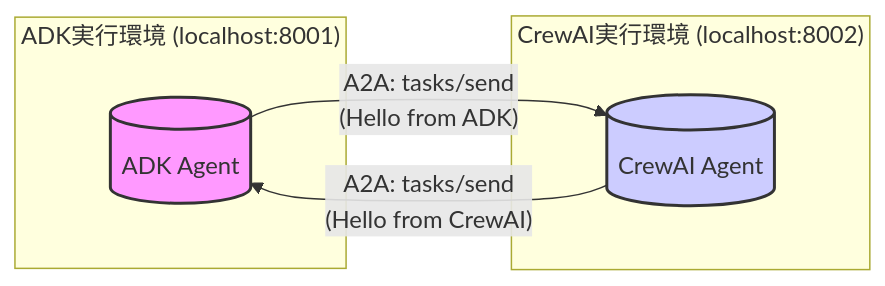
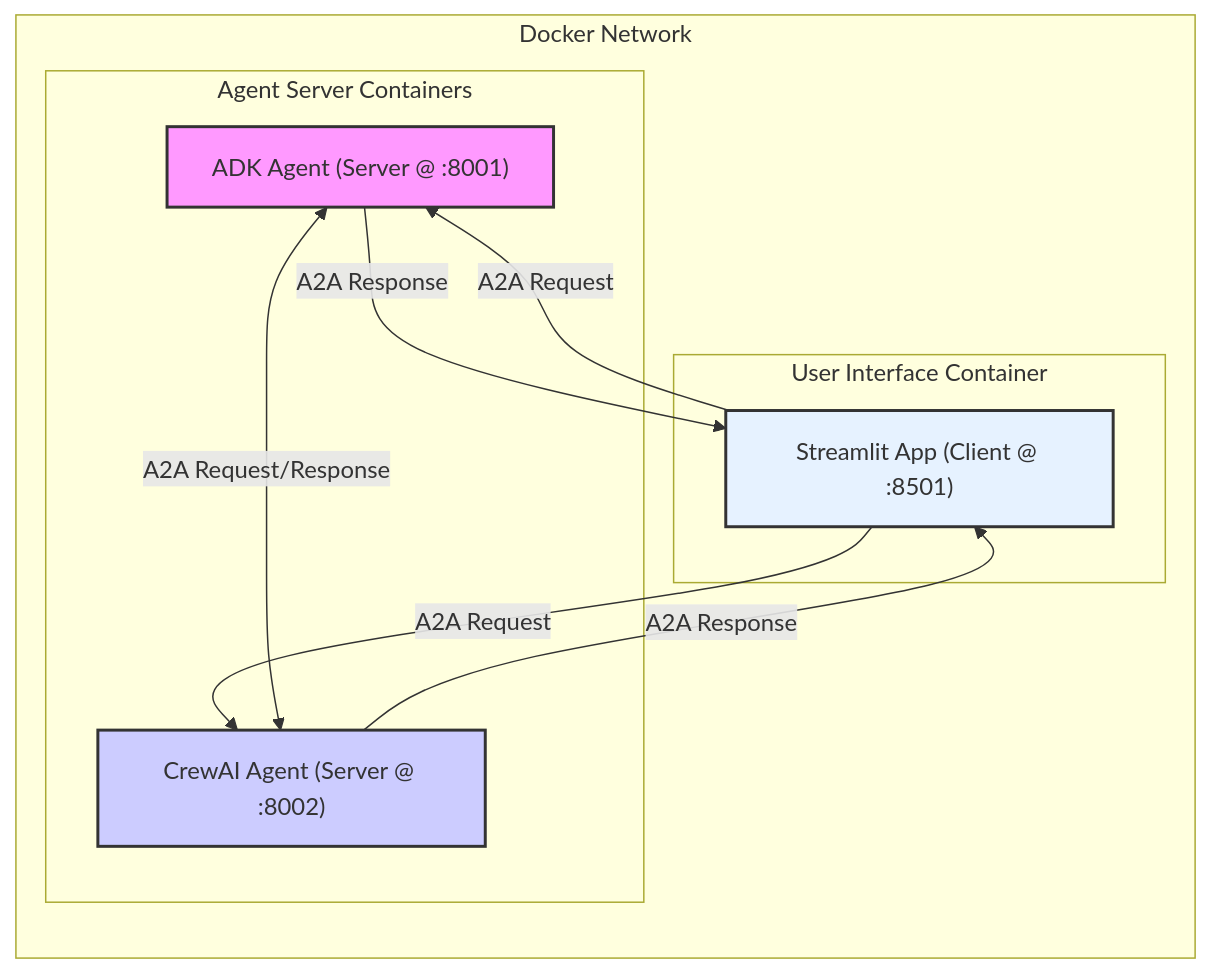
One commit to teeppp/a2a_adk_crewai_impl changed the diagram in docs/impl_notes/implementation_notes.md. Above: the diagram before and after it, drawn with Mermaid. The commit also changed other lines of this file and 15 other files, not shown here.

First line of the commit message:
Refactor A2A Agent Implementation with Docker and Streamlit Integration

````diff
--- a/docs/impl_notes/implementation_notes.md
+++ b/docs/impl_notes/implementation_notes.md
@@ -17,15 +20,25 @@
 ```mermaid
 graph LR
-    subgraph ADK Environment ["ADK実行環境 (localhost:8001)"]
-        ADK_Agent[("ADK Agent")]
-    end
-    subgraph CrewAI Environment ["CrewAI実行環境 (localhost:8002)"]
-        CrewAI_Agent[("CrewAI Agent")]
+    subgraph Docker Network
+        subgraph User Interface Container
+            StreamlitApp["Streamlit App (Client @ :8501)"]
+        end
+
+        subgraph Agent Server Containers
+            ADKServer["ADK Agent (Server @ :8001)"]
+            CrewAIServer["CrewAI Agent (Server @ :8002)"]
+        end
+
+        StreamlitApp -- "A2A Request" --> ADKServer
+        ADKServer -- "A2A Response" --> StreamlitApp
+
+        StreamlitApp -- "A2A Request" --> CrewAIServer
+        CrewAIServer -- "A2A Response" --> StreamlitApp
+
+        ADKServer <-->|A2A Request/Response| CrewAIServer
     end
 
-    ADK_Agent -- "A2A: tasks/send\n(Hello from ADK)" --> CrewAI_Agent
-    CrewAI_Agent -- "A2A: tasks/send\n(Hello from CrewAI)" --> ADK_Agent
-
-    style ADK_Agent fill:#f9f,stroke:#333,stroke-width:2px
-    style CrewAI_Agent fill:#ccf,stroke:#333,stroke-width:2px
+    style StreamlitApp fill:#e6f2ff,stroke:#333,stroke-width:2px
+    style ADKServer fill:#f9f,stroke:#333,stroke-width:2px
+    style CrewAIServer fill:#ccf,stroke:#333,stroke-width:2px
 ```
````
